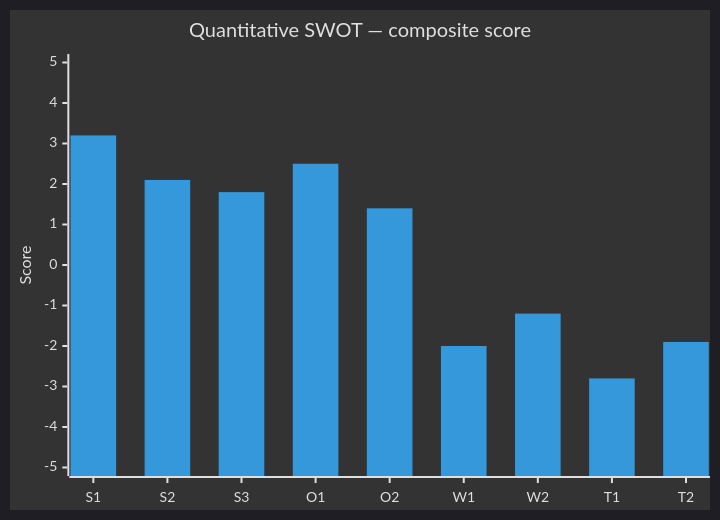
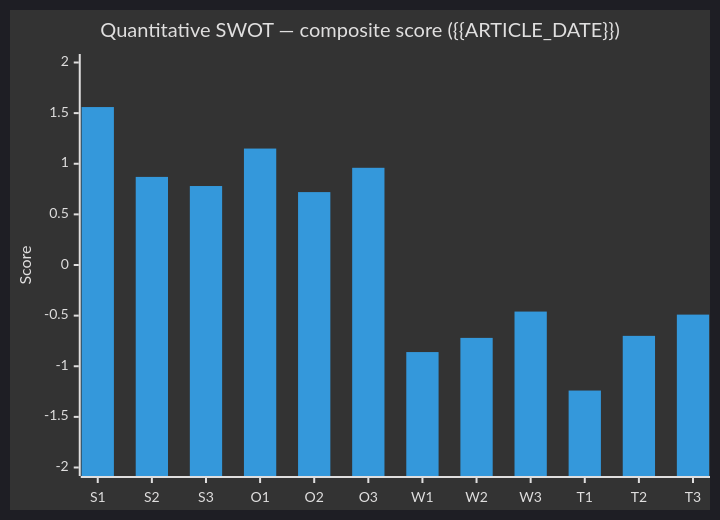
Before and after one commit to Hack23/riksdagsmonitor: the diagram in analysis/templates/quantitative-swot.md, drawn with Mermaid. The commit also changed other lines of this file and 1 other file, not shown here.

First line of the commit message:
improve: substantially expand quantitative-swot and analytical-supplementary-methodology

````diff
--- a/analysis/templates/quantitative-swot.md
+++ b/analysis/templates/quantitative-swot.md
@@ -109,8 +189,8 @@
 ```mermaid
 %%{init: {'theme':'dark'}}%%
 xychart-beta
-  title "Quantitative SWOT — composite score"
-  x-axis ["S1", "S2", "S3", "O1", "O2", "W1", "W2", "T1", "T2"]
-  y-axis "Score" -5 --> 5
-  bar [3.2, 2.1, 1.8, 2.5, 1.4, -2.0, -1.2, -2.8, -1.9]
+  title "Quantitative SWOT — composite score ({{ARTICLE_DATE}})"
+  x-axis ["S1", "S2", "S3", "O1", "O2", "O3", "W1", "W2", "W3", "T1", "T2", "T3"]
+  y-axis "Score" -2 --> 2
+  bar [1.56, 0.87, 0.78, 1.15, 0.72, 0.96, -0.86, -0.72, -0.46, -1.24, -0.70, -0.49]
 ```
````
